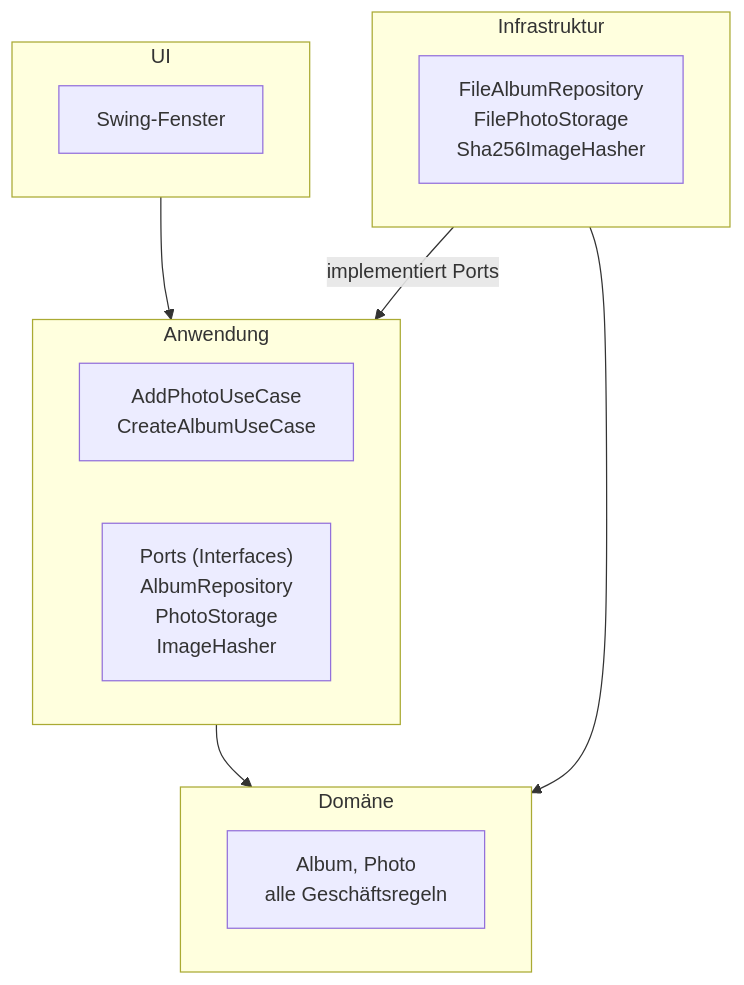
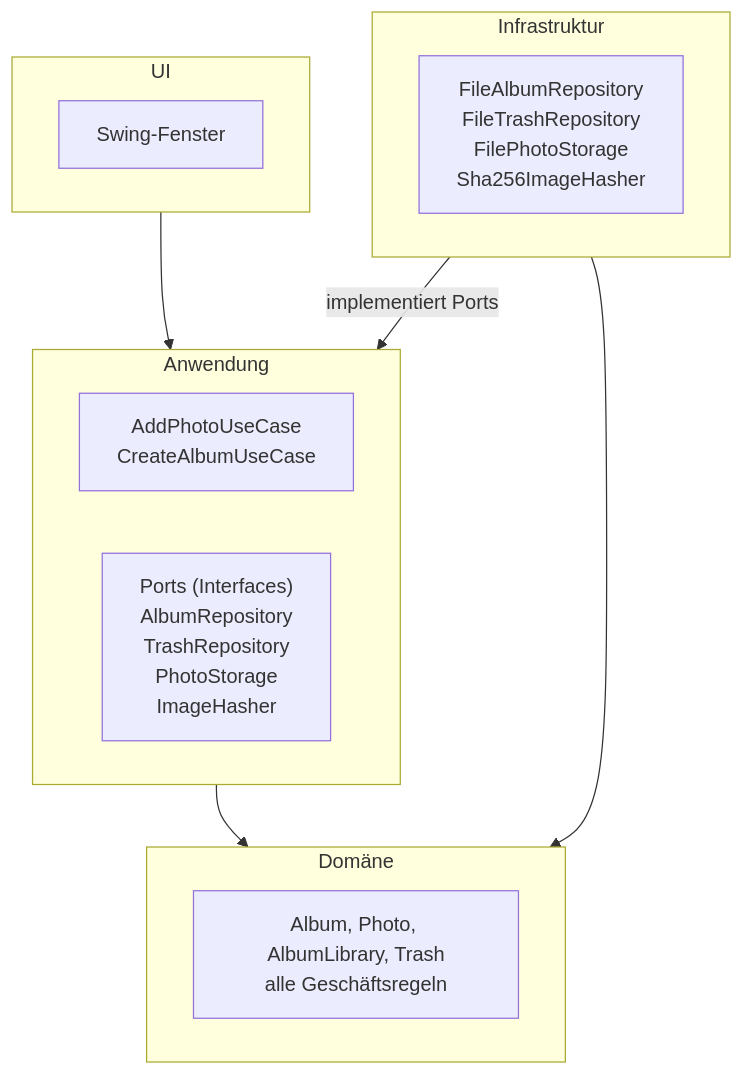
Before and after one commit to felix-henry/photo-album-projekt: the diagram in ARCHITECTURE.md, drawn with Mermaid. The commit also changed other lines of this file and 4 other files, not shown here.

Commit message:
docs(block-3): Klassendiagramm ergänzen (#25)

````diff
--- a/ARCHITECTURE.md
+++ b/ARCHITECTURE.md
@@ -7,20 +7,20 @@
 ```mermaid
 flowchart TB
     subgraph UI["UI"]
         ui["Swing-Fenster"]
     end
     subgraph INFRA["Infrastruktur"]
-        infra["FileAlbumRepository<br/>FilePhotoStorage<br/>Sha256ImageHasher"]
+        infra["FileAlbumRepository<br/>FileTrashRepository<br/>FilePhotoStorage<br/>Sha256ImageHasher"]
     end
     subgraph APP["Anwendung"]
         uc["AddPhotoUseCase<br/>CreateAlbumUseCase"]
-        ports["Ports (Interfaces)<br/>AlbumRepository<br/>PhotoStorage<br/>ImageHasher"]
+        ports["Ports (Interfaces)<br/>AlbumRepository<br/>TrashRepository<br/>PhotoStorage<br/>ImageHasher"]
     end
     subgraph DOM["Domäne"]
-        dom["Album, Photo<br/>alle Geschäftsregeln"]
+        dom["Album, Photo, AlbumLibrary, Trash<br/>alle Geschäftsregeln"]
     end
     UI --> APP
     INFRA -- implementiert Ports --> APP
     APP --> DOM
     INFRA --> DOM
 ```
````
